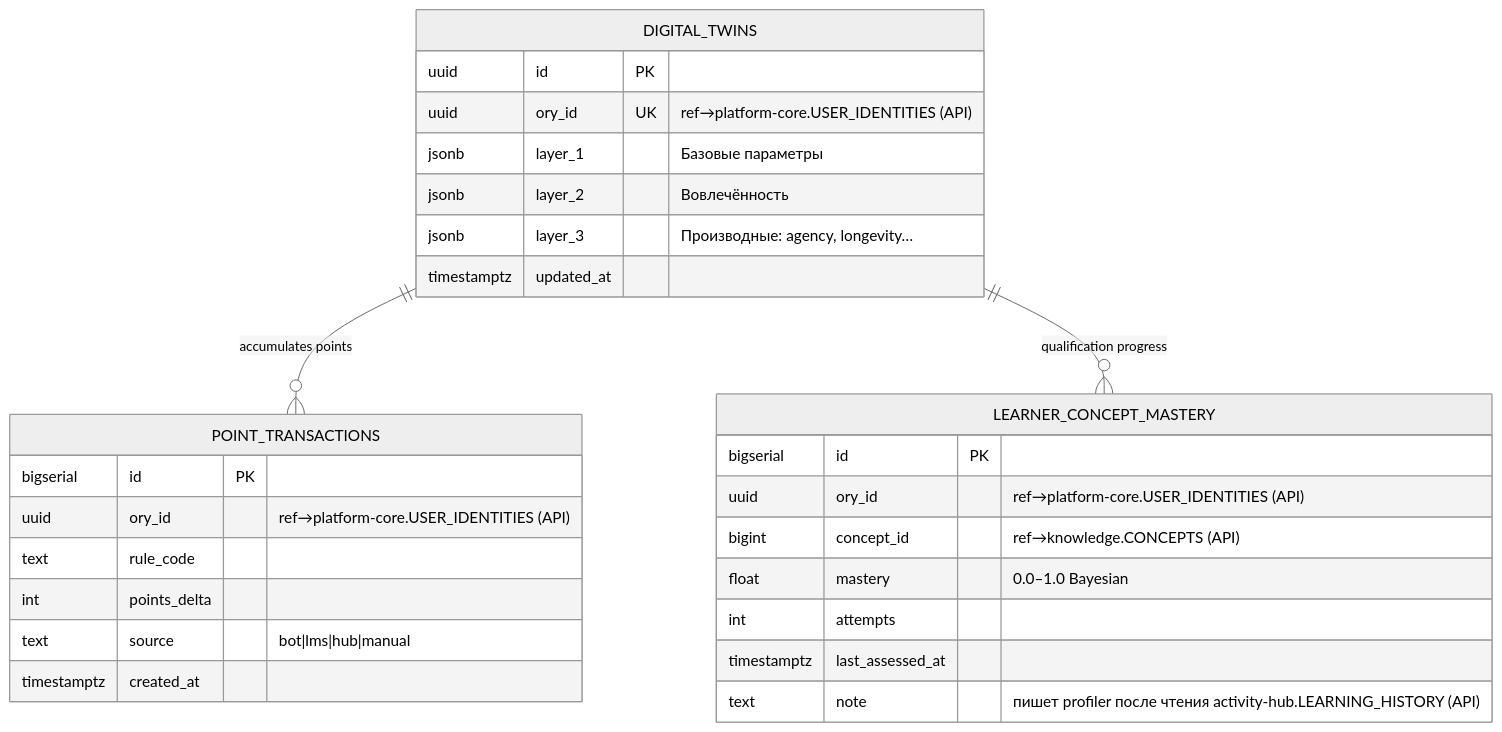
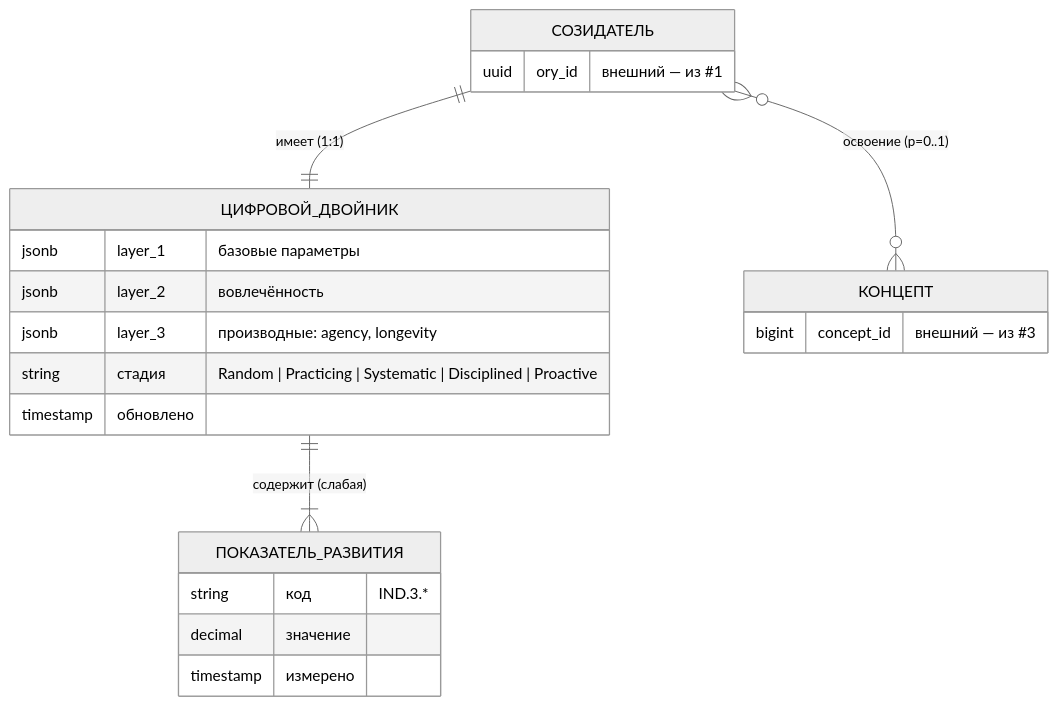
Before and after one commit to TserenTserenov/PACK-digital-platform: the seventh of 14 diagrams in pack/digital-platform/02-domain-entities/DP.ARCH.004-neon-data-architecture.md, drawn with Mermaid (neutral theme). The commit also changed other lines of this file, not shown here.

First line of the commit message:
docs(arch.004): §5 ER-диаграммы 9 БД — концептуальные (WP-228 Ф9)

````diff
--- a/pack/digital-platform/02-domain-entities/DP.ARCH.004-neon-data-architecture.md
+++ b/pack/digital-platform/02-domain-entities/DP.ARCH.004-neon-data-architecture.md
@@ -922,33 +867,25 @@
 ```mermaid
 erDiagram
-    DIGITAL_TWINS {
-        uuid        id              PK
-        uuid        ory_id          UK  "ref→platform-core.USER_IDENTITIES (API)"
-        jsonb       layer_1         "Базовые параметры"
-        jsonb       layer_2         "Вовлечённость"
-        jsonb       layer_3         "Производные: agency, longevity…"
-        timestamptz updated_at
+    СОЗИДАТЕЛЬ ||--|| ЦИФРОВОЙ_ДВОЙНИК : "имеет (1:1)"
+    ЦИФРОВОЙ_ДВОЙНИК ||--|{ ПОКАЗАТЕЛЬ_РАЗВИТИЯ : "содержит (слабая)"
+    СОЗИДАТЕЛЬ }o--o{ КОНЦЕПТ : "освоение (p=0..1)"
+
+    СОЗИДАТЕЛЬ {
+        uuid ory_id "внешний — из #1"
     }
-
-    POINT_TRANSACTIONS {
-        bigserial   id              PK
-        uuid        ory_id          "ref→platform-core.USER_IDENTITIES (API)"
-        text        rule_code
-        int         points_delta
-        text        source          "bot|lms|hub|manual"
-        timestamptz created_at
+    ЦИФРОВОЙ_ДВОЙНИК {
+        jsonb layer_1 "базовые параметры"
+        jsonb layer_2 "вовлечённость"
+        jsonb layer_3 "производные: agency, longevity"
+        string стадия "Random | Practicing | Systematic | Disciplined | Proactive"
+        timestamp обновлено
     }
-
-    LEARNER_CONCEPT_MASTERY {
-        bigserial   id              PK
-        uuid        ory_id          "ref→platform-core.USER_IDENTITIES (API)"
-        bigint      concept_id      "ref→knowledge.CONCEPTS (API)"
-        float       mastery         "0.0–1.0 Bayesian"
-        int         attempts
-        timestamptz last_assessed_at
-        text        note            "пишет profiler после чтения activity-hub.LEARNING_HISTORY (API)"
+    ПОКАЗАТЕЛЬ_РАЗВИТИЯ {
+        string код "IND.3.*"
+        decimal значение
+        timestamp измерено
     }
-
-    DIGITAL_TWINS ||--o{ POINT_TRANSACTIONS : "accumulates points"
-    DIGITAL_TWINS ||--o{ LEARNER_CONCEPT_MASTERY : "qualification progress"
+    КОНЦЕПТ {
+        bigint concept_id "внешний — из #3"
+    }
 ```
````
